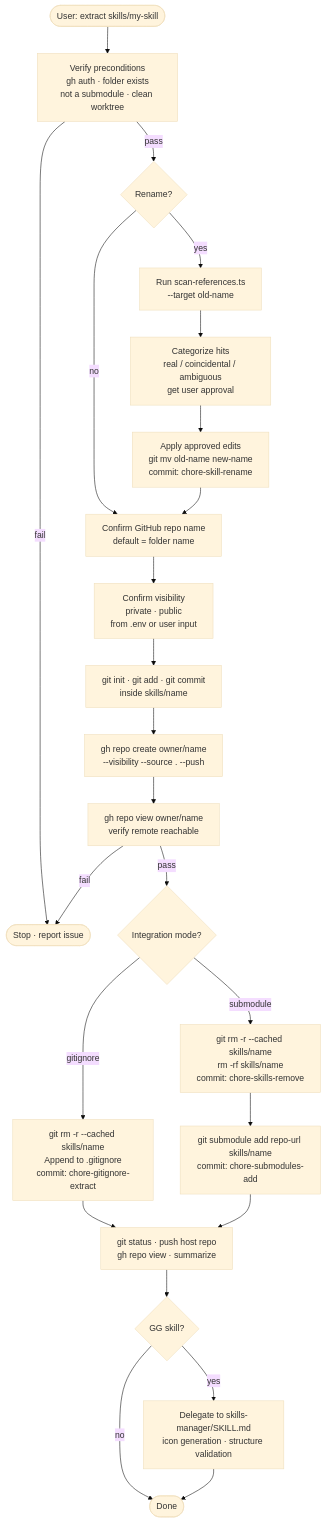
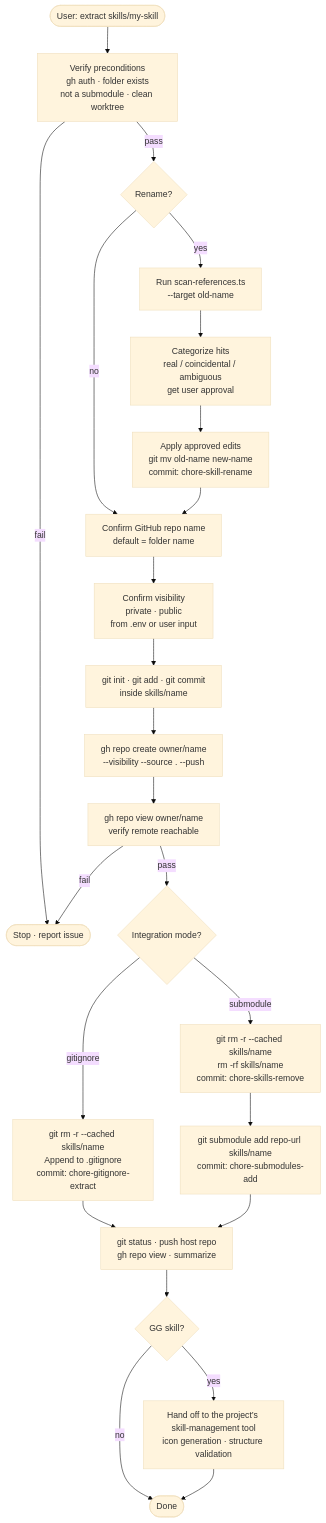
One commit to gg-skills/extractor changed the diagram in README.md. Above: the diagram before and after it, drawn with Mermaid (base theme). The commit also changed other lines of this file and 2 other files, not shown here.

First line of the commit message:
De-identify the skill-management handoff

````diff
--- a/README.md
+++ b/README.md
@@ -96,26 +96,26 @@
 ```mermaid
 flowchart TD
     A([User: extract skills/my-skill]) --> B[Verify preconditions\ngh auth · folder exists\nnot a submodule · clean worktree]
     B -->|fail| Z([Stop · report issue])
     B -->|pass| C{Rename?}
     C -->|yes| D[Run scan-references.ts\n--target old-name]
     D --> E[Categorize hits\nreal / coincidental / ambiguous\nget user approval]
     E --> F[Apply approved edits\ngit mv old-name new-name\ncommit: chore-skill-rename]
     C -->|no| G[Confirm GitHub repo name\ndefault = folder name]
     F --> G
     G --> H[Confirm visibility\nprivate · public\nfrom .env or user input]
     H --> I[git init · git add · git commit\ninside skills/name]
     I --> J[gh repo create owner/name\n--visibility --source . --push]
     J --> K[gh repo view owner/name\nverify remote reachable]
     K -->|fail| Z
     K -->|pass| L{Integration mode?}
     L -->|gitignore| M[git rm -r --cached skills/name\nAppend to .gitignore\ncommit: chore-gitignore-extract]
     L -->|submodule| N[git rm -r --cached skills/name\nrm -rf skills/name\ncommit: chore-skills-remove]
     N --> O[git submodule add repo-url skills/name\ncommit: chore-submodules-add]
     M --> P[git status · push host repo\ngh repo view · summarize]
     O --> P
     P --> Q{GG skill?}
-    Q -->|yes| R[Delegate to skills-manager/SKILL.md\nicon generation · structure validation]
+    Q -->|yes| R[Hand off to the project’s skill-management tool\nicon generation · structure validation]
     Q -->|no| S([Done])
     R --> S
 ```
````
